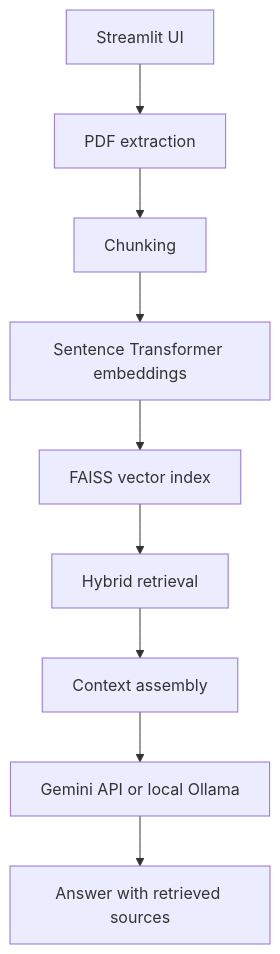
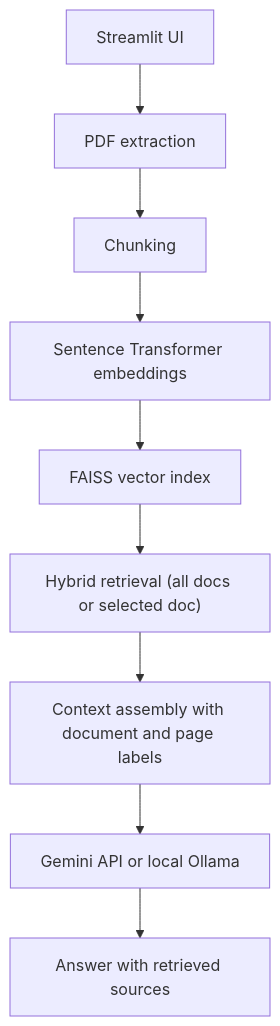
One commit to MirMehdi05/ai-document-intelligence changed the diagram in README.md. Above: the diagram before and after it, drawn with Mermaid. The commit also changed other lines of this file and 1 other file, not shown here.

First line of the commit message:
Add multi-document PDF workspace (#8)

````diff
--- a/README.md
+++ b/README.md
@@ -23,11 +25,11 @@
 ```mermaid
 flowchart TD
     A["Streamlit UI"] --> B["PDF extraction"]
     B --> C["Chunking"]
     C --> D["Sentence Transformer embeddings"]
     D --> E["FAISS vector index"]
-    E --> F["Hybrid retrieval"]
-    F --> G["Context assembly"]
+    E --> F["Hybrid retrieval (all docs or selected doc)"]
+    F --> G["Context assembly with document and page labels"]
     G --> H["Gemini API or local Ollama"]
     H --> I["Answer with retrieved sources"]
 ```
````
